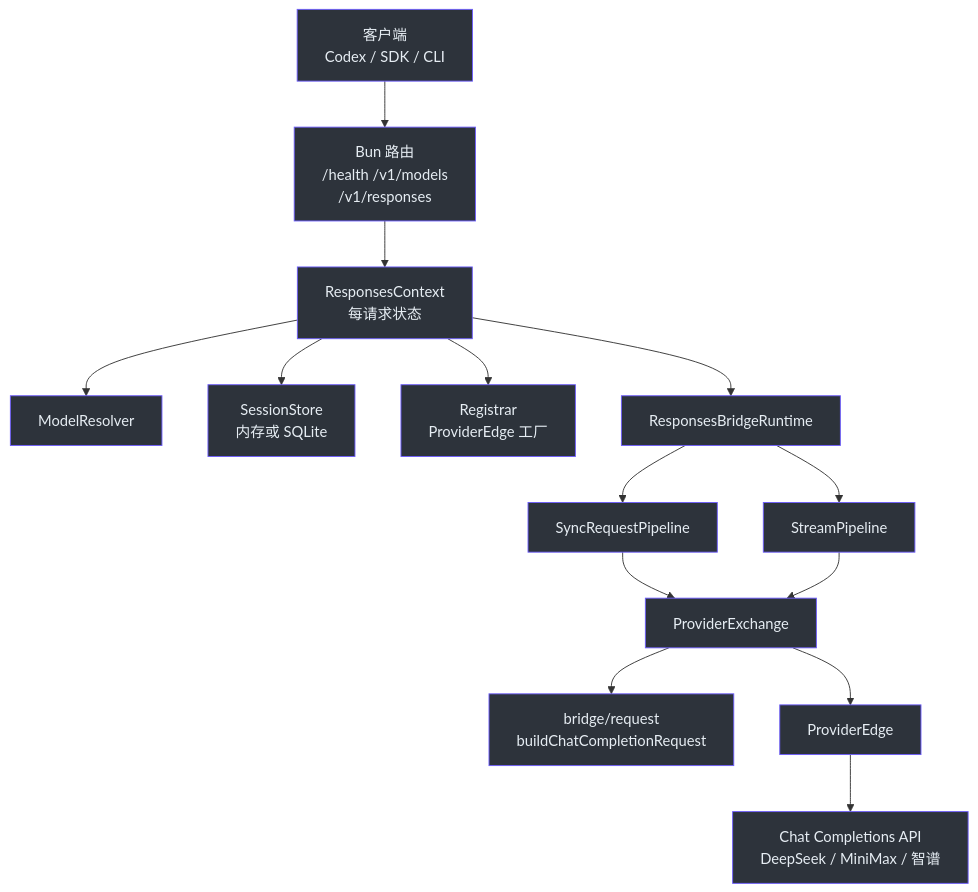
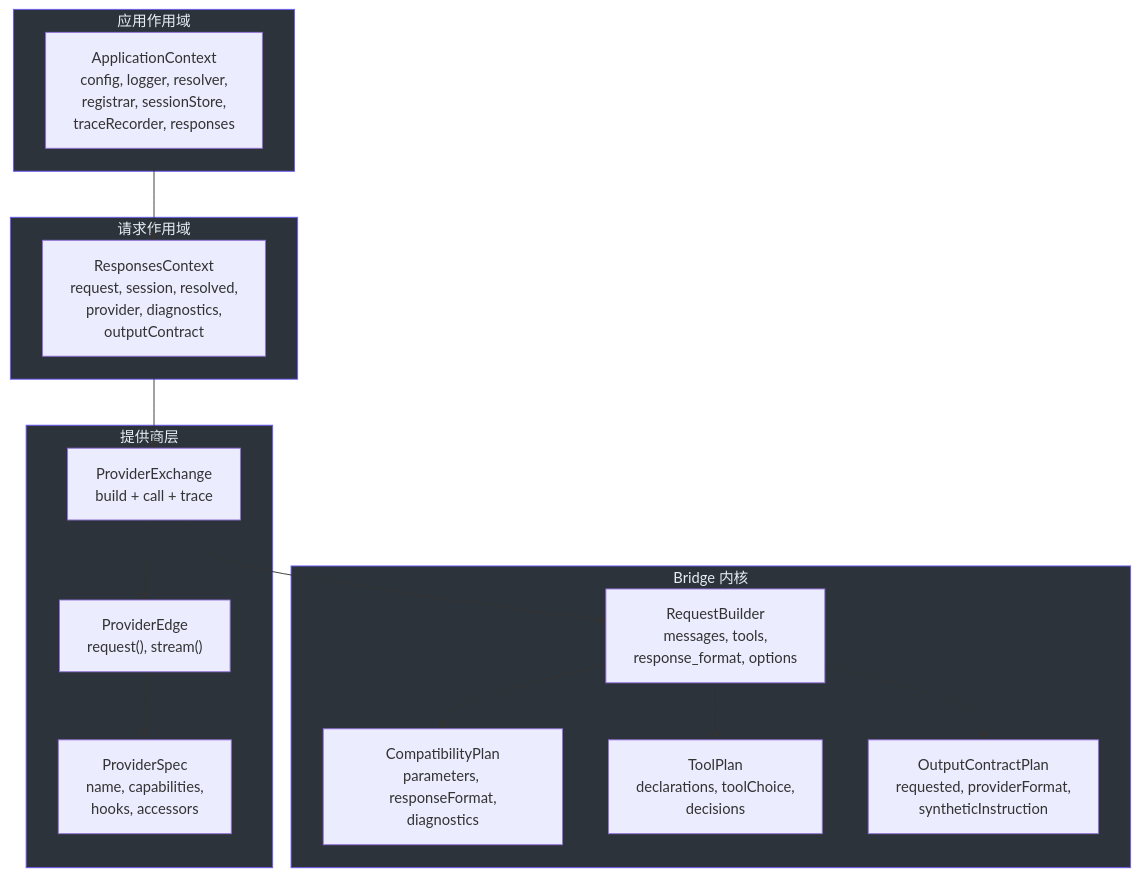
Before and after one commit to zamelee/GodeX: the first of 2 diagrams in wiki/zh/onboarding/contributor-guide.md, drawn with Mermaid. The commit also changed other lines of this file and 120 other files, not shown here.

Commit message:
docs: comprehensive VitePress wiki with dark theme, EN/ZH sync, and Mermaid fixes (#118)

````diff
--- a/wiki/zh/onboarding/contributor-guide.md
+++ b/wiki/zh/onboarding/contributor-guide.md
@@ -87,30 +232,37 @@
 ```mermaid
 graph TB
-  Client["客户端<br>Codex / SDK / CLI"] --> Routes["Bun 路由<br>/health /v1/models<br>/v1/responses"]
-  Routes --> Ctx["ResponsesContext<br>每请求状态"]
-  Ctx --> Resolver["ModelResolver"]
-  Ctx --> Session["SessionStore<br>内存或 SQLite"]
-  Ctx --> Registrar["Registrar<br>ProviderEdge 工厂"]
-  Ctx --> Runtime["ResponsesBridgeRuntime"]
-  Runtime --> Sync["SyncRequestPipeline"]
-  Runtime --> Stream["StreamPipeline"]
-  Sync --> Exchange["ProviderExchange"]
-  Stream --> Exchange
-  Exchange --> Builder["bridge/request<br>buildChatCompletionRequest"]
-  Exchange --> Edge["ProviderEdge"]
-  Edge --> Upstream["Chat Completions API<br>DeepSeek / MiniMax / 智谱"]
+  subgraph ApplicationScope["应用作用域"]
+    AppCtx["ApplicationContext<br>config, logger, resolver,<br>registrar, sessionStore,<br>traceRecorder, responses"]
+  end
 
-  style Client fill:#2d333b,stroke:#6d5dfc,color:#e6edf3
-  style Routes fill:#2d333b,stroke:#6d5dfc,color:#e6edf3
-  style Ctx fill:#2d333b,stroke:#6d5dfc,color:#e6edf3
-  style Runtime fill:#2d333b,stroke:#6d5dfc,color:#e6edf3
-  style Exchange fill:#2d333b,stroke:#6d5dfc,color:#e6edf3
-  style Edge fill:#2d333b,stroke:#6d5dfc,color:#e6edf3
-  style Upstream fill:#2d333b,stroke:#6d5dfc,color:#e6edf3
-  style Builder fill:#2d333b,stroke:#6d5dfc,color:#e6edf3
-  style Resolver fill:#2d333b,stroke:#6d5dfc,color:#e6edf3
-  style Session fill:#2d333b,stroke:#6d5dfc,color:#e6edf3
-  style Registrar fill:#2d333b,stroke:#6d5dfc,color:#e6edf3
-  style Sync fill:#2d333b,stroke:#6d5dfc,color:#e6edf3
-  style Stream fill:#2d333b,stroke:#6d5dfc,color:#e6edf3
+  subgraph RequestScope["请求作用域"]
+    RspCtx["ResponsesContext<br>request, session, resolved,<br>provider, diagnostics,<br>outputContract"]
+  end
+
+  subgraph BridgeKernel["Bridge 内核"]
+    Compat["CompatibilityPlan<br>parameters, responseFormat,<br>diagnostics"]
+    ToolPlan["ToolPlan<br>declarations, toolChoice,<br>decisions"]
+    OutputPlan["OutputContractPlan<br>requested, providerFormat,<br>syntheticInstruction"]
+    ReqBuilder["RequestBuilder<br>messages, tools,<br>response_format, options"]
+  end
+
+  subgraph ProviderLayer["提供商层"]
+    Exchange["ProviderExchange<br>build + call + trace"]
+    Edge["ProviderEdge<br>request(), stream()"]
+    Spec["ProviderSpec<br>name, capabilities,<br>hooks, accessors"]
+  end
+
+  AppCtx --> RspCtx
+  RspCtx --> Exchange
+  Exchange --> ReqBuilder
+  ReqBuilder --> Compat
+  ReqBuilder --> ToolPlan
+  ReqBuilder --> OutputPlan
+  Exchange --> Edge
+  Edge --> Spec
+
+  style ApplicationScope fill:#2d333b,stroke:#6d5dfc,color:#e6edf3
+  style RequestScope fill:#2d333b,stroke:#6d5dfc,color:#e6edf3
+  style BridgeKernel fill:#2d333b,stroke:#6d5dfc,color:#e6edf3
+  style ProviderLayer fill:#2d333b,stroke:#6d5dfc,color:#e6edf3
 ```
````
